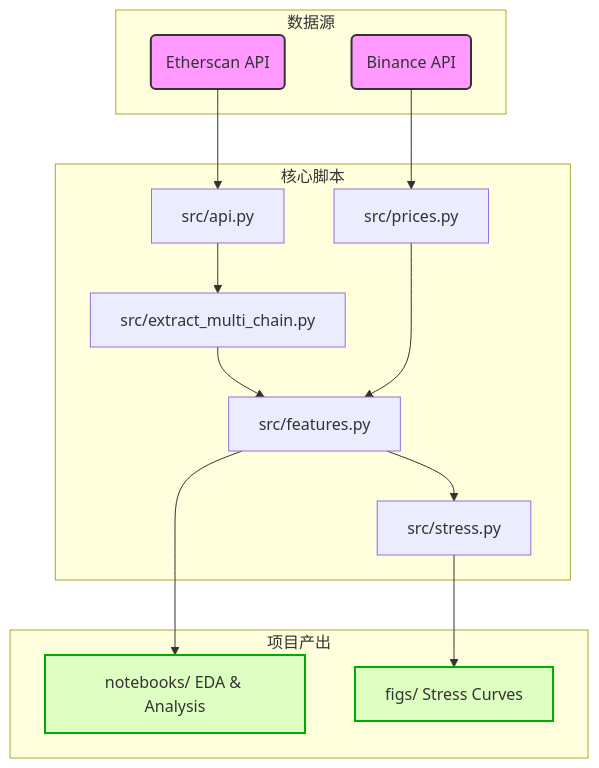
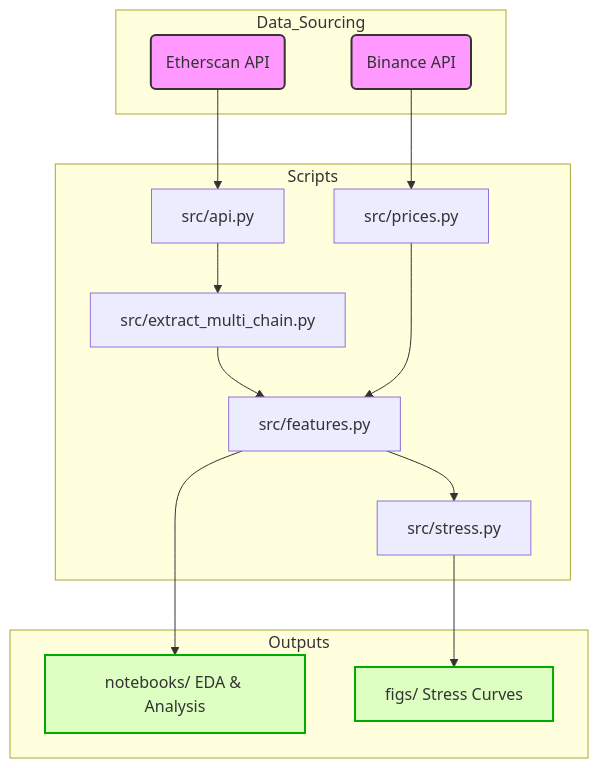
The diagram in README.md (Feelinx-crypto/defi-liquidation-risk-visual), drawn with Mermaid before and after one commit.

````diff
--- a/README.md
+++ b/README.md
@@ -17,40 +17,40 @@
 ```mermaid
 graph TD
-    %% 定义节点样式
-    subgraph Data_Sourcing [数据源]
+    
+    subgraph Data_Sourcing [Data_Sourcing]
         E(Etherscan API)
         B(Binance API)
     end
 
-    subgraph Scripts [核心脚本]
+    subgraph Scripts [Scripts]
         API[src/api.py]
         EXT[src/extract_multi_chain.py]
         PRC[src/prices.py]
         FEAT[src/features.py]
         STR[src/stress.py]
     end
 
-    subgraph Outputs [项目产出]
+    subgraph Outputs [Outputs]
         NB[notebooks/ EDA & Analysis]
         FIGS[figs/ Stress Curves]
     end
 
-    %% 连接线
+    
     E --> API
     API --> EXT
     B --> PRC
     
     EXT --> FEAT
     PRC --> FEAT
     
     FEAT --> STR
     FEAT --> NB
     
     STR --> FIGS
 
-    %% 样式美化
+    
     style E fill:#f9f,stroke:#333,stroke-width:2px
     style B fill:#f9f,stroke:#333,stroke-width:2px
     style FIGS fill:#00ff0022,stroke:#00aa00,stroke-width:2px
     style NB fill:#00ff0022,stroke:#00aa00,stroke-width:2px
 ```
````
